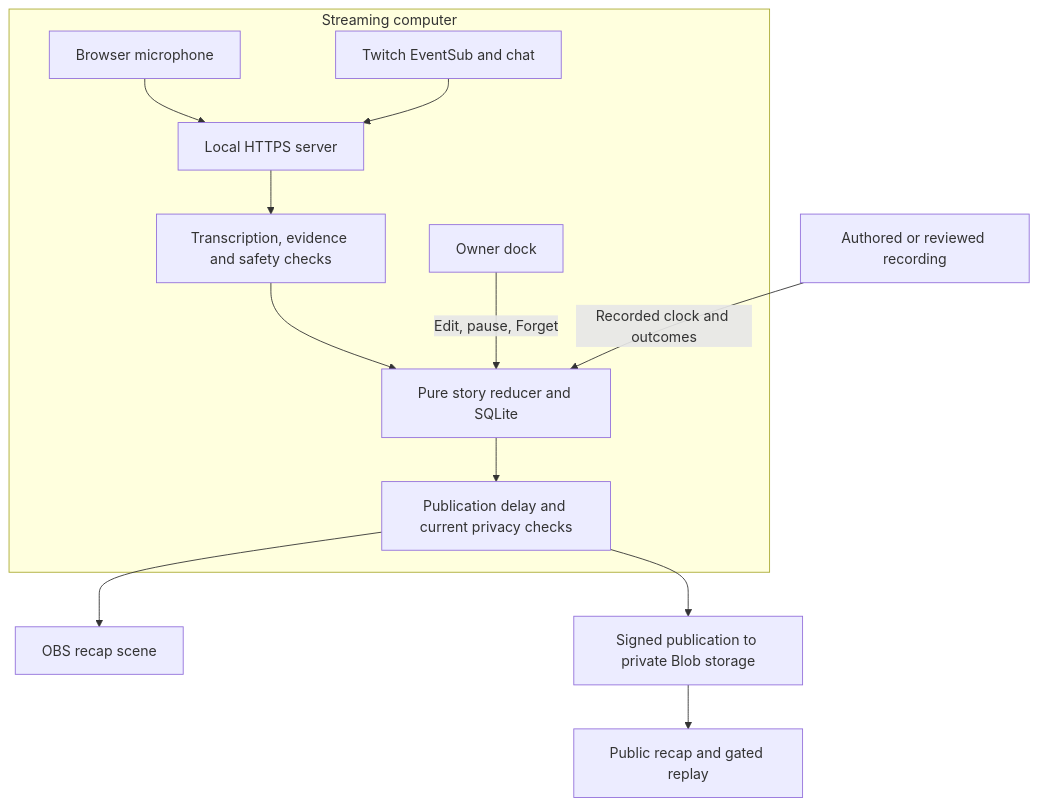
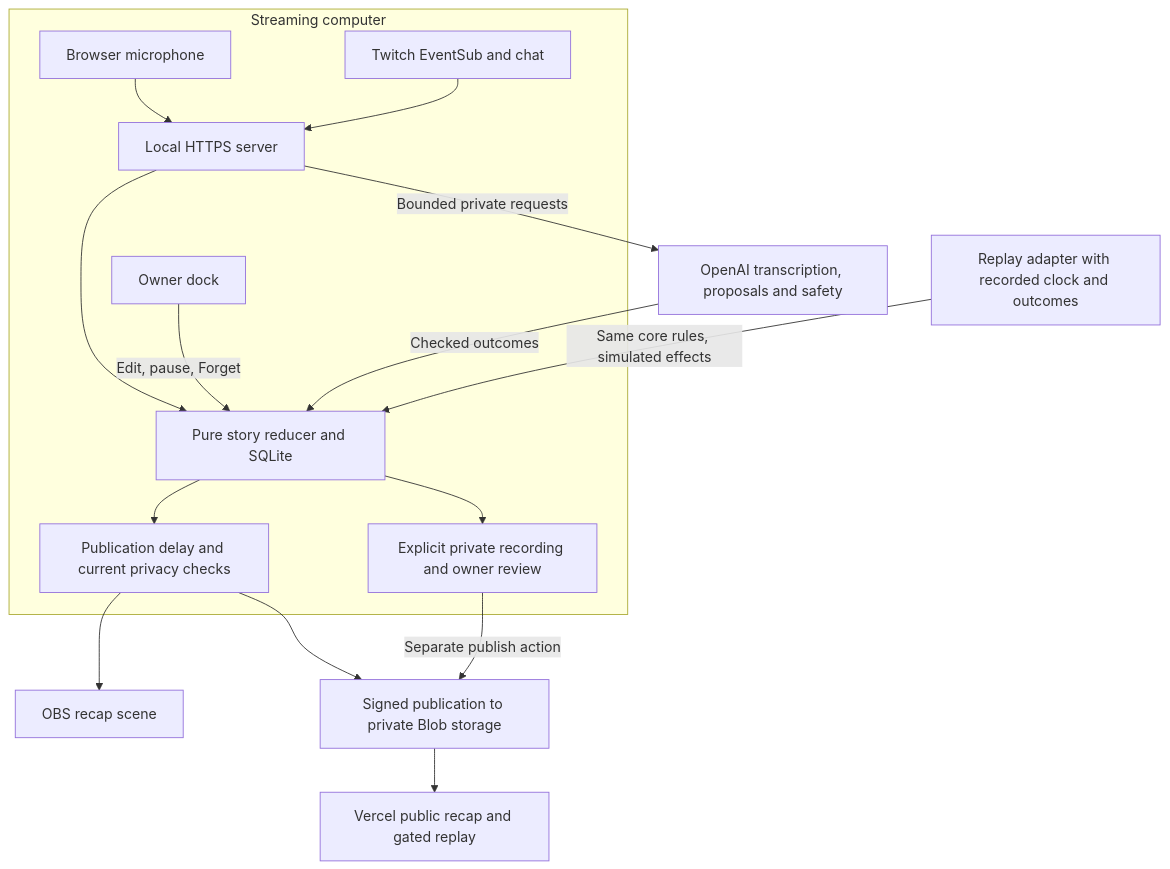
Before and after one commit to DarinaX2005X/previously-codex-twitchcon-project: the diagram in README.md, drawn with Mermaid. The commit also changed other lines of this file and 68 other files, not shown here.

````diff
--- a/README.md
+++ b/README.md
@@ -57,15 +66,18 @@
 ```mermaid
 flowchart TD
   subgraph Computer[Streaming computer]
     Mic[Browser microphone] --> Local[Local HTTPS server]
     Twitch[Twitch EventSub and chat] --> Local
-    Local --> Checks[Transcription, evidence and safety checks]
-    Checks --> State[Pure story reducer and SQLite]
+    Local --> State[Pure story reducer and SQLite]
     Dock[Owner dock] -->|Edit, pause, Forget| State
     State --> Gate[Publication delay and current privacy checks]
+    State --> Capture[Explicit private recording and owner review]
   end
+  Local -->|Bounded private requests| OpenAI[OpenAI transcription, proposals and safety]
+  OpenAI -->|Checked outcomes| State
   Gate --> OBS[OBS recap scene]
   Gate --> Cloud[Signed publication to private Blob storage]
-  Cloud --> Viewer[Public recap and gated replay]
-  Replay[Authored or reviewed recording] -->|Recorded clock and outcomes| State
+  Capture -->|Separate publish action| Cloud
+  Cloud --> Viewer[Vercel public recap and gated replay]
+  Replay[Replay adapter with recorded clock and outcomes] -->|Same core rules, simulated effects| State
 ```
````
